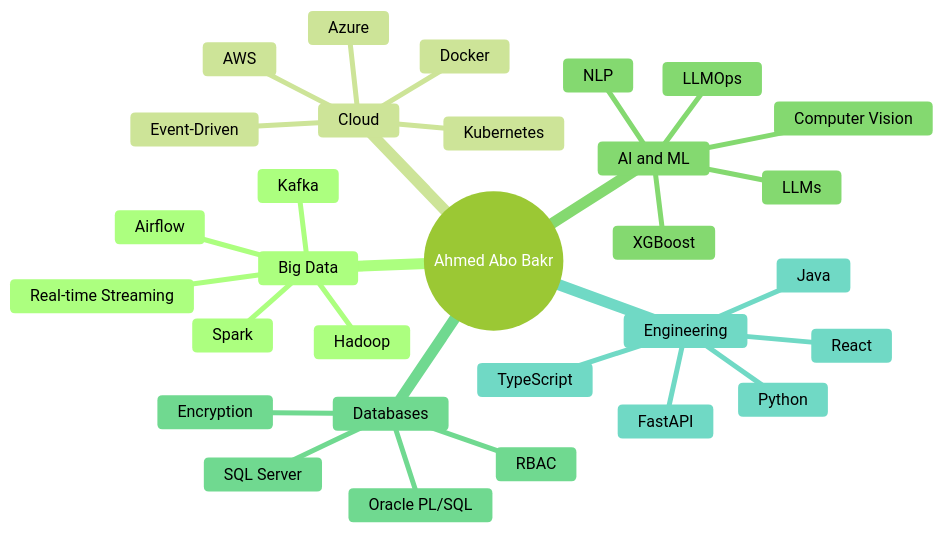
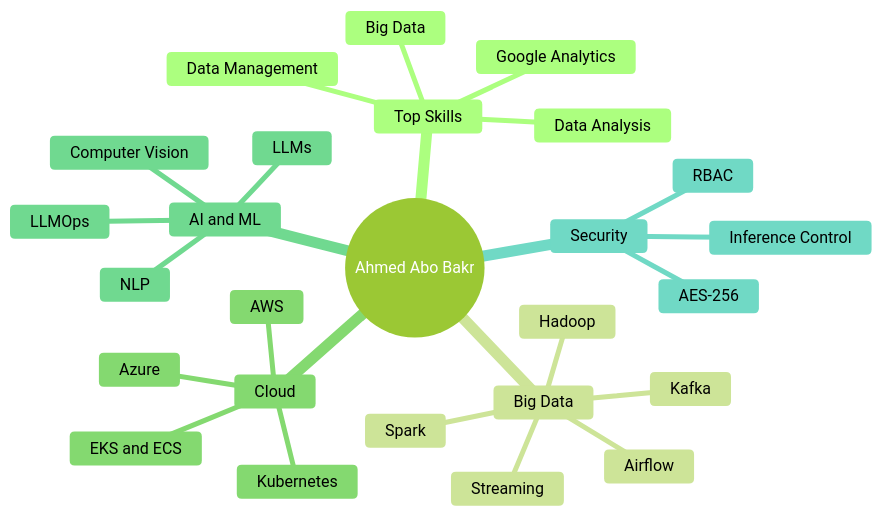
One commit to Ahmedbakr78/Ahmedbakr78 changed the first of 2 diagrams in README.md. Above: the diagram before and after it, drawn with Mermaid (forest theme). The commit also changed other lines of this file, not shown here.

Commit message:
feat: profile README v3 — complete skills matrix (8 domains), training programs, languages; photo removed

````diff
--- a/README.md
+++ b/README.md
@@ -68,33 +66,29 @@
 ```mermaid
 mindmap
   root((Ahmed Abo Bakr))
+    Top Skills
+      Data Management
+      Data Analysis
+      Big Data
+      Google Analytics
     Big Data
       Spark
       Airflow
       Kafka
       Hadoop
-      Real-time Streaming
+      Streaming
     Cloud
       AWS
       Azure
-      Docker
       Kubernetes
-      Event-Driven
+      EKS and ECS
     AI and ML
       NLP
       LLMs
       LLMOps
-      XGBoost
       Computer Vision
-    Databases
-      SQL Server
-      Oracle PL/SQL
+    Security
       RBAC
-      Encryption
-    Engineering
-      Python
-      Java
-      TypeScript
-      FastAPI
-      React
+      AES-256
+      Inference Control
 ```
````
